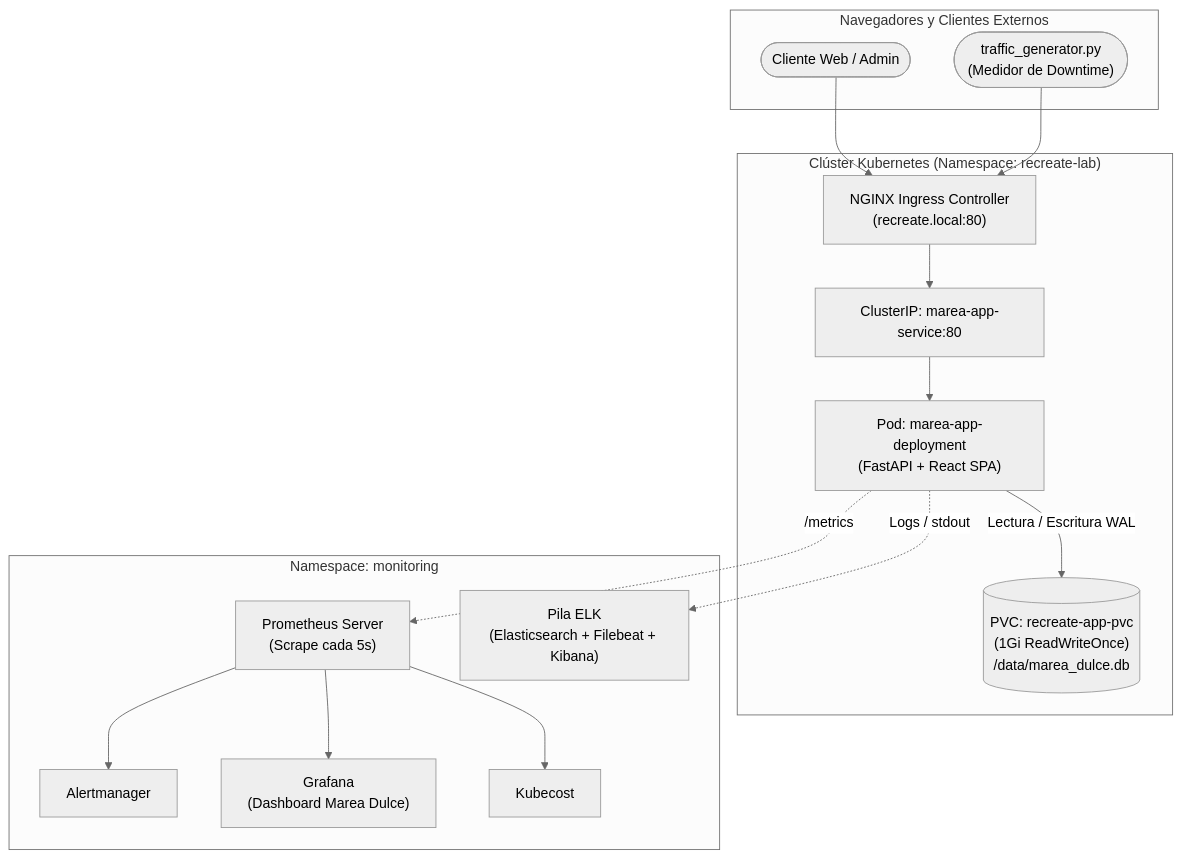
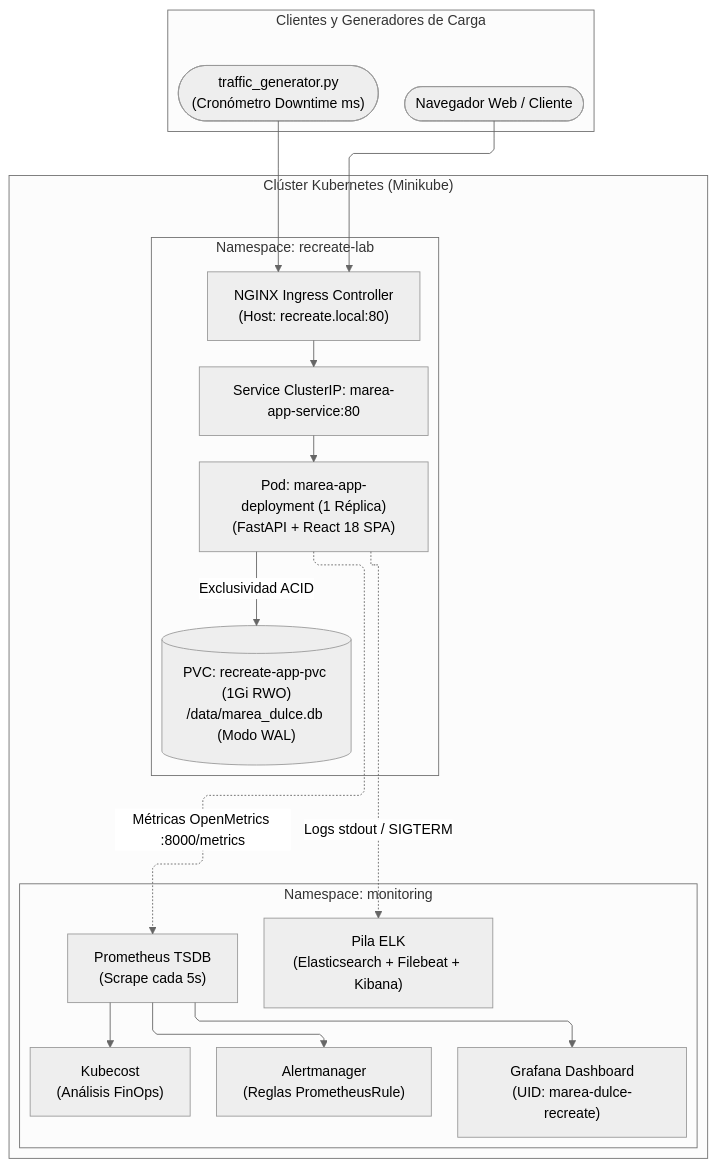
Before and after one commit to Esteban-GV/MareaDulce_Recreate: the diagram in README.md, drawn with Mermaid (neutral theme). The commit also changed other lines of this file and 13 other files, not shown here.

````diff
--- a/README.md
+++ b/README.md
@@ -49,35 +115,38 @@
 ```mermaid
+%%{init: {"flowchart": {"defaultRenderer": "elk", "curve": "linear"}} }%%
 flowchart TD
-    subgraph Cliente["Navegadores y Clientes Externos"]
-        User(["Cliente Web / Admin"])
-        LoadGen(["traffic_generator.py\n(Medidor de Downtime)"])
+    subgraph Clientes ["Clientes y Generadores de Carga"]
+        User(["Navegador Web / Cliente"])
+        LoadGen(["traffic_generator.py\n(Cronómetro Downtime ms)"])
     end
 
-    subgraph K8s["Clúster Kubernetes (Namespace: recreate-lab)"]
-        Ingress["NGINX Ingress Controller\n(recreate.local:80)"]
-        Service["ClusterIP: marea-app-service:80"]
-        Pod["Pod: marea-app-deployment\n(FastAPI + React SPA)"]
-        PVC[("PVC: recreate-app-pvc\n(1Gi ReadWriteOnce)\n/data/marea_dulce.db")]
+    subgraph ClusterK8s ["Clúster Kubernetes (Minikube)"]
+        subgraph NSApp ["Namespace: recreate-lab"]
+            Ingress["NGINX Ingress Controller\n(Host: recreate.local:80)"]
+            Service["Service ClusterIP: marea-app-service:80"]
+            Pod["Pod: marea-app-deployment (1 Réplica)\n(FastAPI + React 18 SPA)"]
+            PVC[("PVC: recreate-app-pvc (1Gi RWO)\n/data/marea_dulce.db (Modo WAL)")]
 
-        Ingress --> Service
-        Service --> Pod
-        Pod -->|Lectura / Escritura WAL| PVC
-    end
+            Ingress --> Service
+            Service --> Pod
+            Pod -->|Exclusividad ACID| PVC
+        end
 
-    subgraph Observabilidad["Namespace: monitoring"]
-        Prom["Prometheus Server\n(Scrape cada 5s)"]
-        AM["Alertmanager"]
-        Graf["Grafana\n(Dashboard Marea Dulce)"]
-        ELK["Pila ELK\n(Elasticsearch + Filebeat + Kibana)"]
-        KubeCost["Kubecost"]
+        subgraph NSMon ["Namespace: monitoring"]
+            Prom["Prometheus TSDB\n(Scrape cada 5s)"]
+            AM["Alertmanager\n(Reglas PrometheusRule)"]
+            Graf["Grafana Dashboard\n(UID: marea-dulce-recreate)"]
+            ELK["Pila ELK\n(Elasticsearch + Filebeat + Kibana)"]
+            KC["Kubecost\n(Análisis FinOps)"]
 
-        Pod -.->|/metrics| Prom
-        Prom --> AM
-        Prom --> Graf
-        Prom --> KubeCost
-        Pod -.->|Logs / stdout| ELK
+            Pod -.->|Métricas OpenMetrics :8000/metrics| Prom
+            Prom --> AM
+            Prom --> Graf
+            Prom --> KC
+            Pod -.->|Logs stdout / SIGTERM| ELK
+        end
     end
 
     User --> Ingress
     LoadGen --> Ingress
 ```
````
